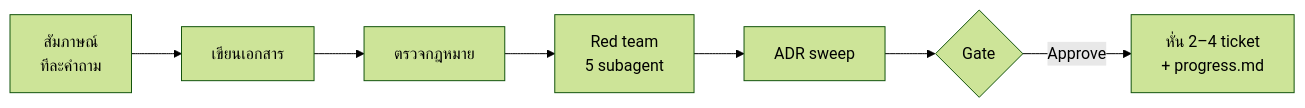
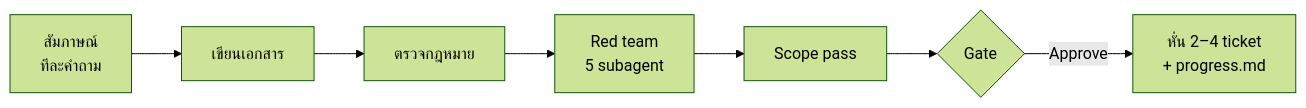
The second of 5 diagrams in docs/flow.th.md (mousemouse094526/kiki-kit), drawn with Mermaid (forest theme) before and after one commit. The commit also changed other lines of this file and 39 other files, not shown here.

````diff
--- a/docs/flow.th.md
+++ b/docs/flow.th.md
@@ -45,13 +50,13 @@
 ```mermaid
 flowchart LR
     I["สัมภาษณ์<br/>ทีละคำถาม"]
     DOC["เขียนเอกสาร"]
     LG["ตรวจกฎหมาย"]
     RT["Red team<br/>5 subagent"]
-    S["ADR sweep"]
+    S["Scope pass"]
     G{"Gate"}
     TK["หั่น 2–4 ticket<br/>+ progress.md"]
 
     I --> DOC --> LG --> RT --> S --> G
     G -->|Approve| TK
 ```
````
